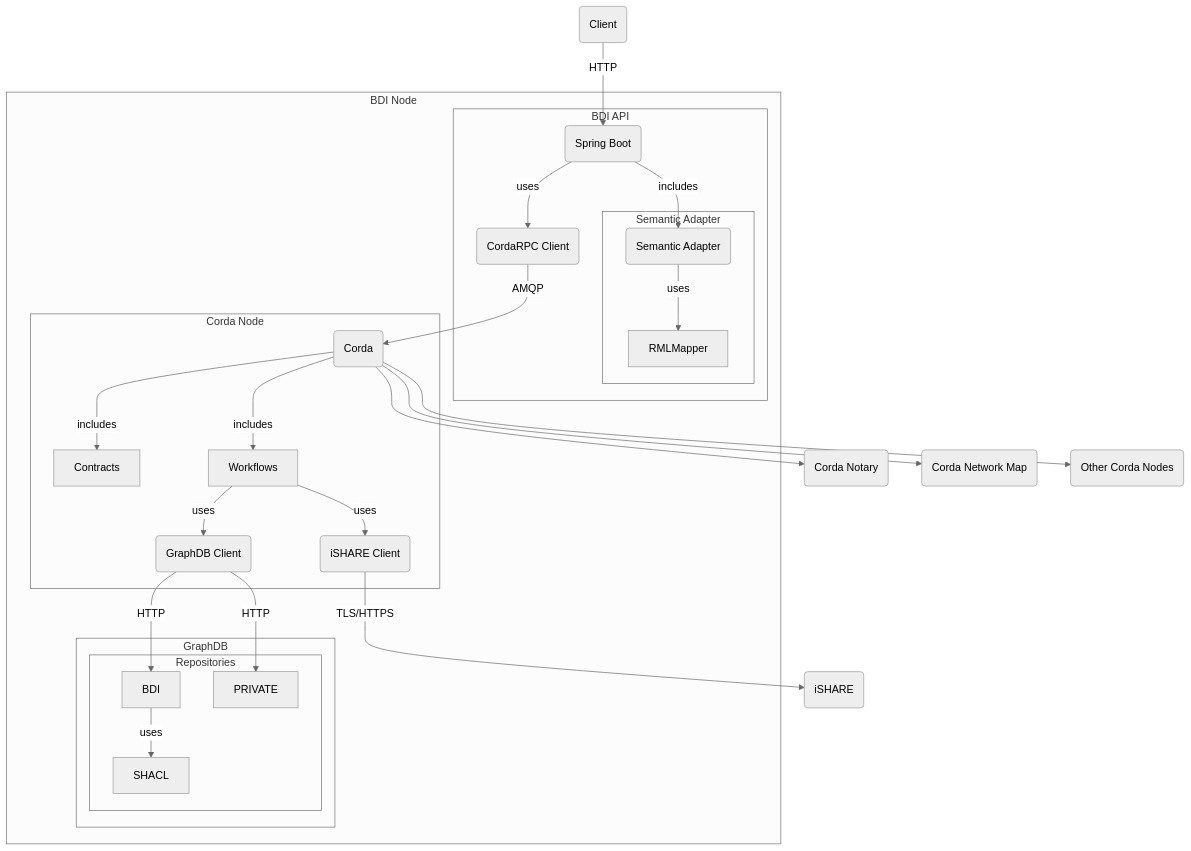
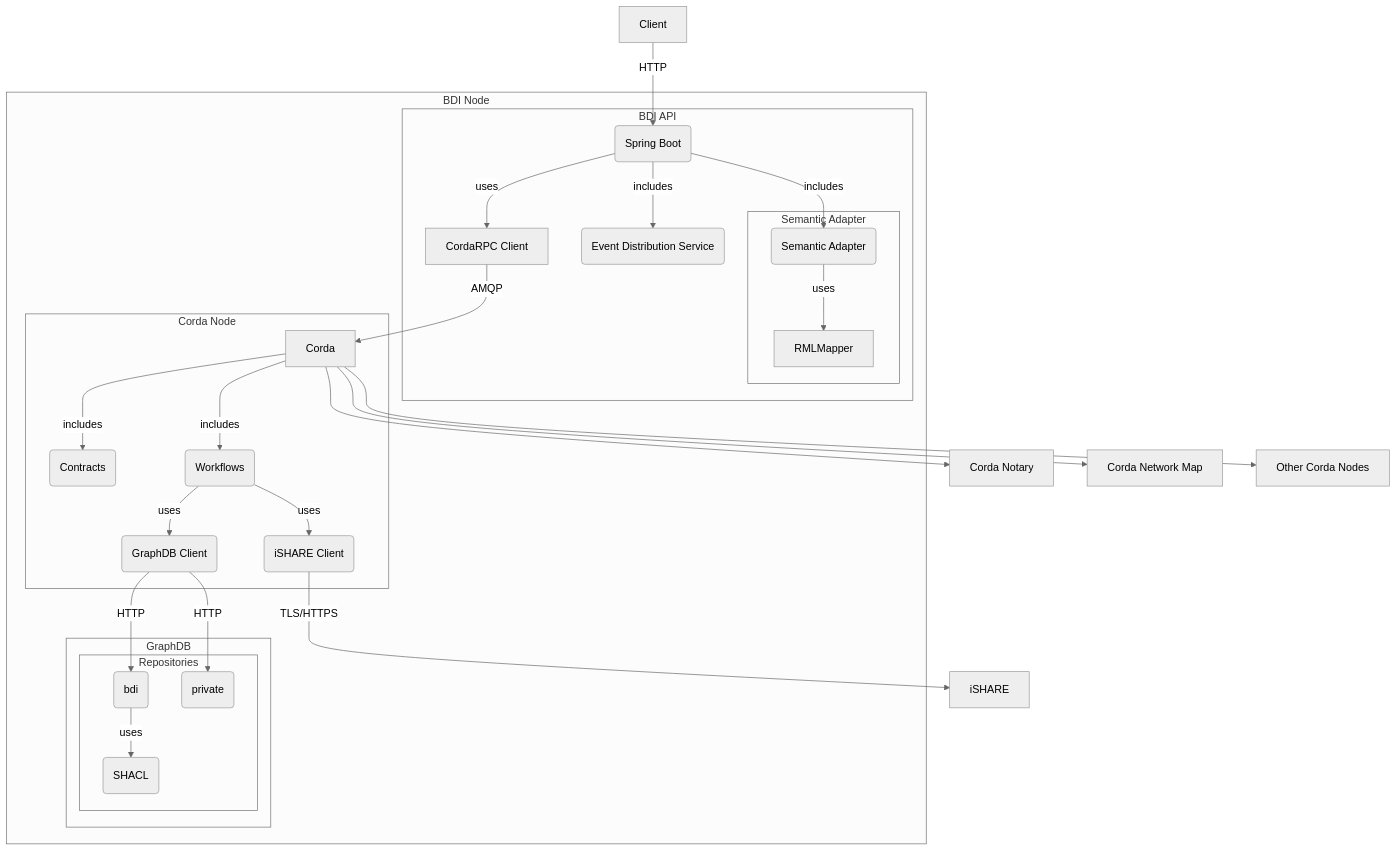
The diagram in docs/README.md (federatedplatforms/FEDeRATED-BDI), drawn with Mermaid (neutral theme) before and after one commit. The commit also changed 6 other files, not shown here.

Commit message:
make explicit what component is determining event distribution

````diff
--- a/docs/README.md
+++ b/docs/README.md
@@ -7,31 +7,32 @@
 ```mermaid
 graph TD
-    CLIENT(Client) -- HTTP --> API
+    CLIENT[Client] -- HTTP --> API
         subgraph BDI Node
             subgraph api[BDI API]
             API(Spring Boot) -- includes --> SEM(Semantic Adapter)
+            API -- includes --> EventDistribution(Event Distribution Service)
             subgraph Semantic Adapter
             SEM -- uses --> RMLMapper
             end
-            API -- uses --> CordaRPC(CordaRPC Client)
+            API -- uses --> CordaRPC[CordaRPC Client]
             end
-            CordaRPC -- AMQP --> CORDA(Corda)
+            CordaRPC -- AMQP --> CORDA[Corda]
             subgraph Corda Node [Corda Node]
-                CORDA -- includes --> Contracts
-                CORDA -- includes --> Workflows
+                CORDA -- includes --> Contracts(Contracts)
+                CORDA -- includes --> Workflows(Workflows)
                 Workflows -- uses --> iSHARE(iSHARE Client)
                 Workflows -- uses --> GRAPHDB(GraphDB Client)
             end
             subgraph GraphDB
                 subgraph Repositories
-                    GRAPHDB -- HTTP --> BDI
-                    GRAPHDB -- HTTP --> PRIVATE
-                    BDI -- uses --> SHACL
+                    GRAPHDB -- HTTP --> BDI(bdi)
+                    GRAPHDB -- HTTP --> PRIVATE(private)
+                    BDI -- uses --> SHACL(SHACL)
                 end
             end
         end
-    CORDA --> Notary(Corda Notary)
-    CORDA --> NetworkMap(Corda Network Map)
-    CORDA --> OtherCorda(Other Corda Nodes)    
-    iSHARE -- TLS/HTTPS --> ISHARE(iSHARE)
+    CORDA --> Notary[Corda Notary]
+    CORDA --> NetworkMap[Corda Network Map]
+    CORDA --> OtherCorda[Other Corda Nodes]    
+    iSHARE -- TLS/HTTPS --> ISHARE[iSHARE]
 ```
````
